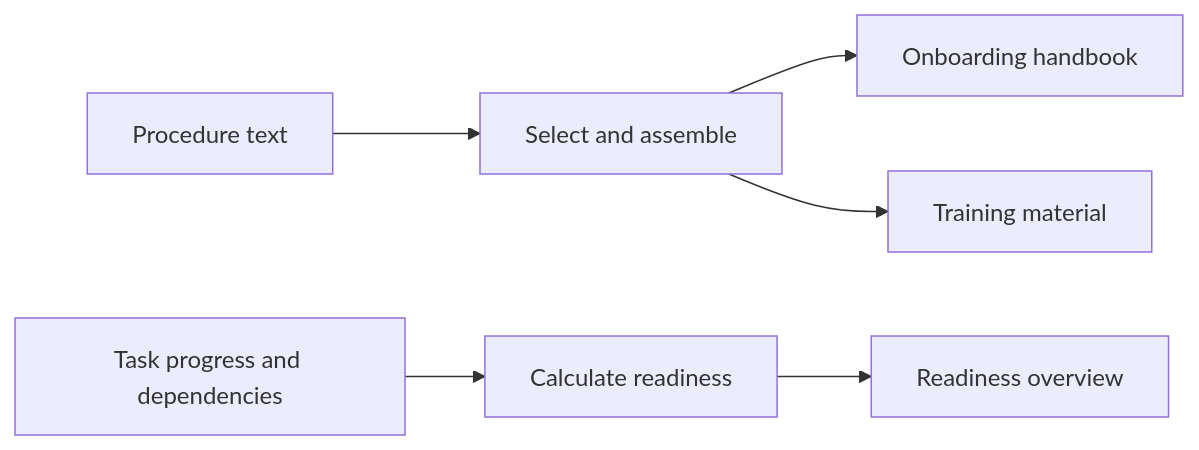
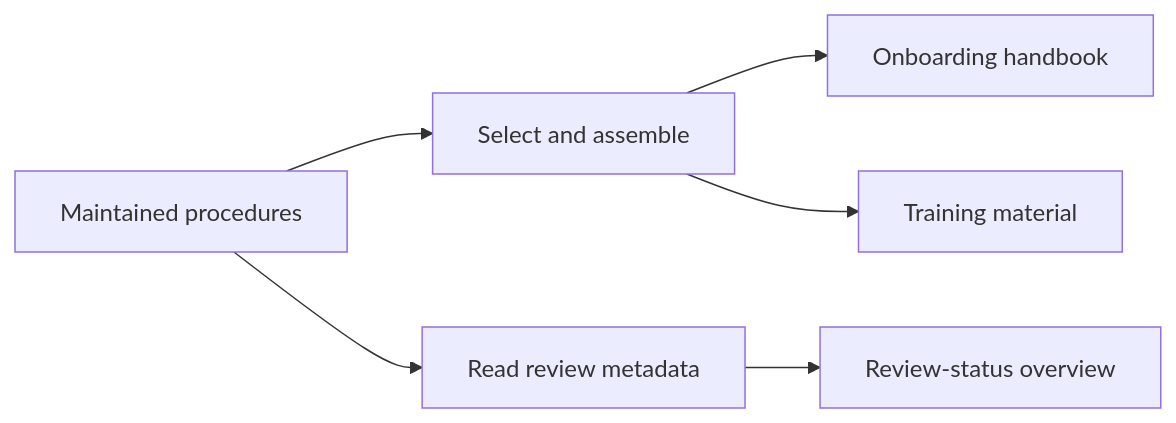
Before and after one commit to And-Gu/document-as-code-lab: the second of 2 diagrams in docs/01-introduction.md, drawn with Mermaid. The commit also changed other lines of this file and 12 other files, not shown here.

````diff
--- a/docs/01-introduction.md
+++ b/docs/01-introduction.md
@@ -68,8 +63,8 @@
 ```mermaid
 flowchart LR
- P[Procedure text] --> R[Select and assemble]
+ P[Maintained procedures] --> R[Select and assemble]
  R --> H[Onboarding handbook]
  R --> T[Training material]
- A[Task progress and dependencies] --> C[Calculate readiness]
- C --> V[Readiness overview]
+ P --> M[Read review metadata]
+ M --> V[Review-status overview]
 ```
````
